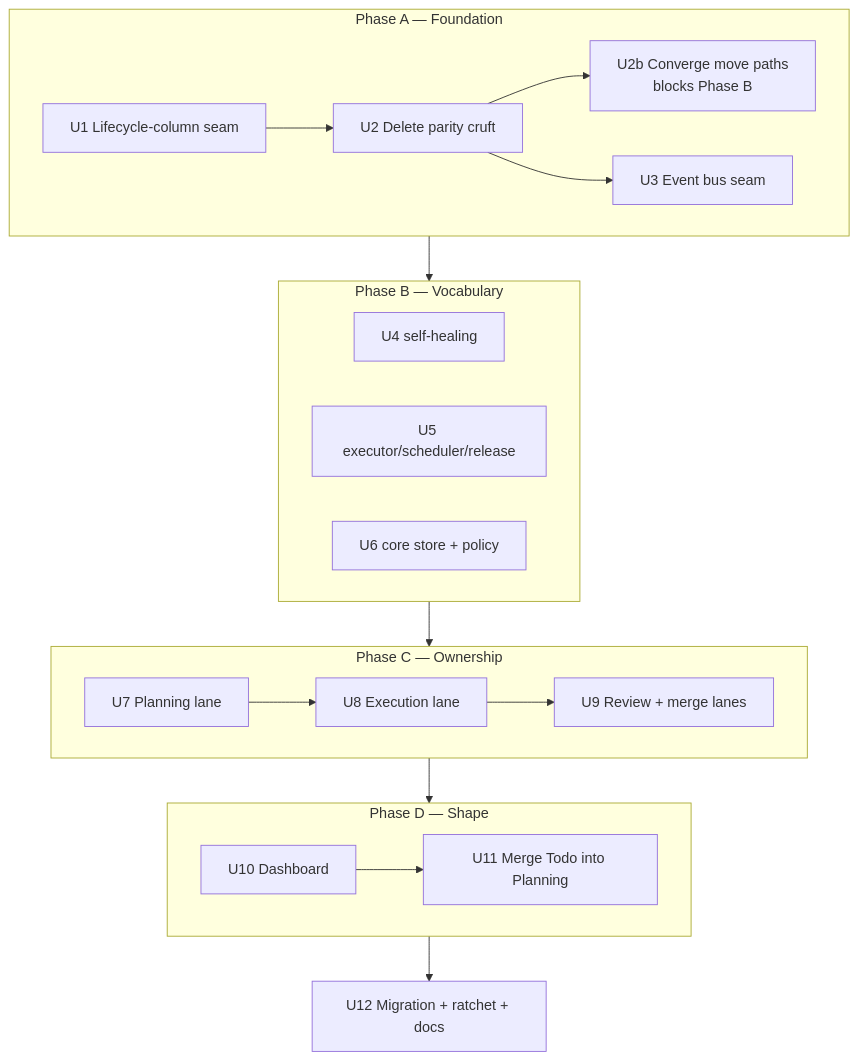
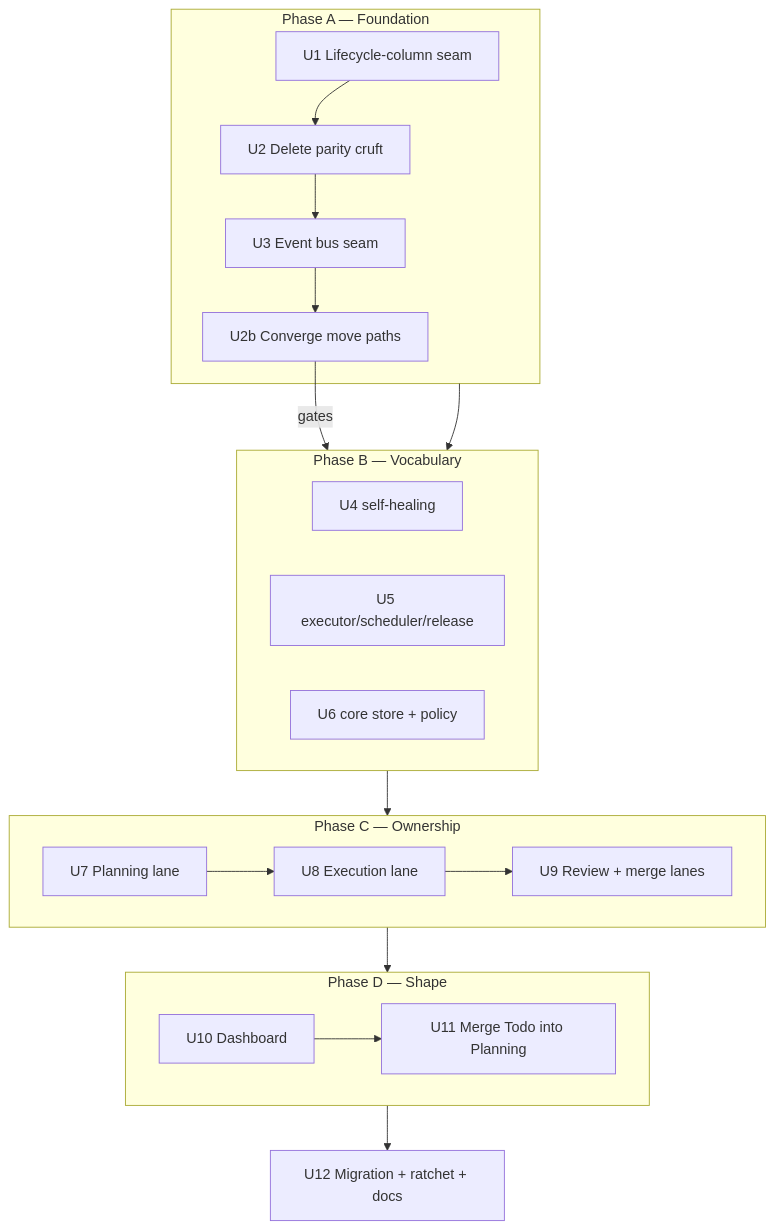
The third of 3 diagrams in docs/plans/2026-07-26-001-refactor-workflow-owned-lifecycle-plan.md (Runfusion/Fusion), drawn with Mermaid before and after one commit. The commit also changed other lines of this file, not shown here.

````diff
--- a/docs/plans/2026-07-26-001-refactor-workflow-owned-lifecycle-plan.md
+++ b/docs/plans/2026-07-26-001-refactor-workflow-owned-lifecycle-plan.md
@@ -193,18 +193,19 @@
 ```mermaid
 flowchart TD
     subgraph A["Phase A — Foundation"]
         U1[U1 Lifecycle-column seam] --> U2[U2 Delete parity cruft]
-        U2 --> U2b[U2b Converge move paths<br/>blocks Phase B]
         U2 --> U3[U3 Event bus seam]
+        U3 --> U2b[U2b Converge move paths]
     end
     subgraph B["Phase B — Vocabulary"]
         U4[U4 self-healing] & U5[U5 executor/scheduler/release] & U6[U6 core store + policy]
     end
     subgraph C["Phase C — Ownership"]
         U7[U7 Planning lane] --> U8[U8 Execution lane] --> U9[U9 Review + merge lanes]
     end
     subgraph D["Phase D — Shape"]
         U10[U10 Dashboard] --> U11[U11 Merge Todo into Planning]
     end
+    U2b -->|gates| B
     A --> B --> C --> D --> U12[U12 Migration + ratchet + docs]
 ```
````
